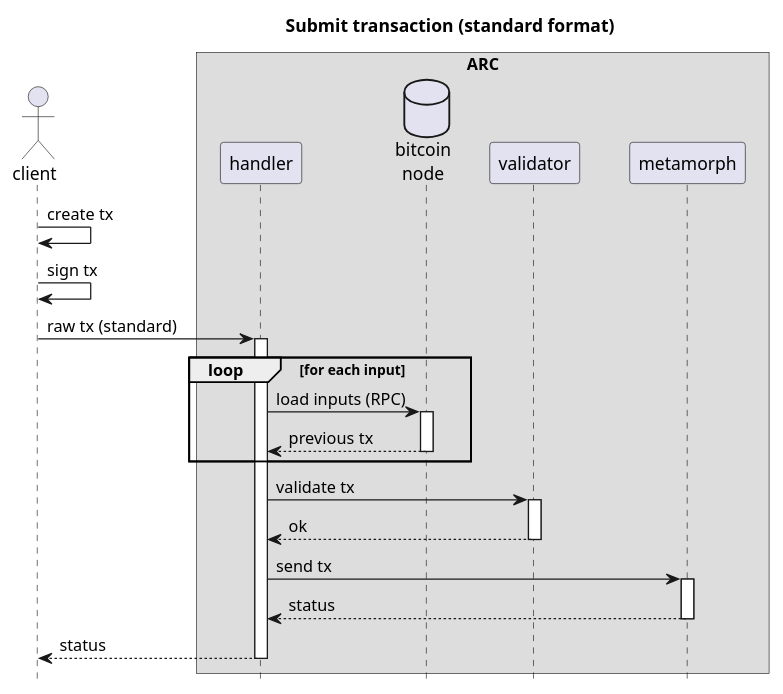
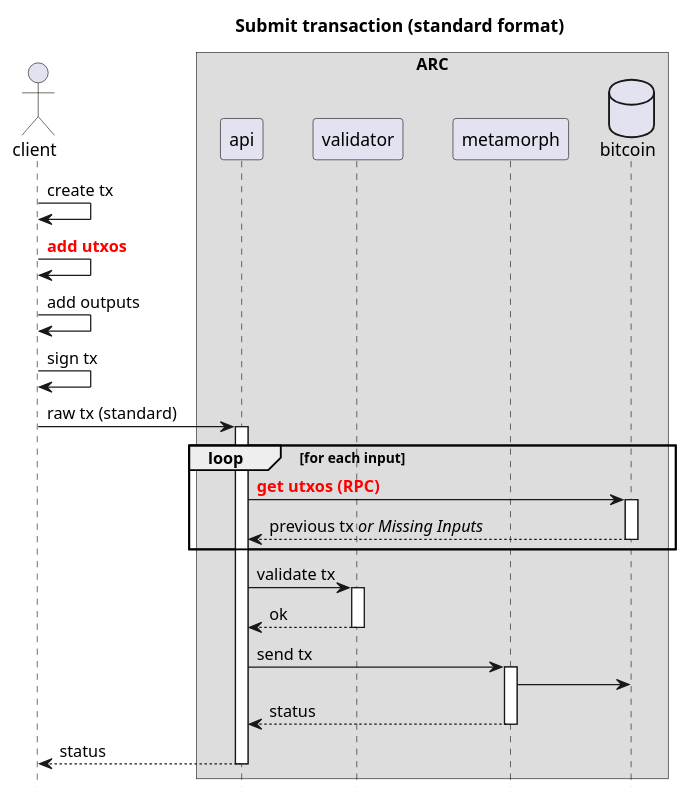
One commit to bitcoin-sv/arc changed the first of 4 diagrams in doc/README.md. Above: the diagram before and after it, drawn with PlantUML. The commit also changed other lines of this file, not shown here.

Commit message:
Latest diagrams

````diff
--- a/doc/README.md
+++ b/doc/README.md
@@ -18,38 +18,41 @@
 ```plantuml
 @startuml
 hide footbox
 skinparam ParticipantPadding 15
 skinparam BoxPadding 100
 
 actor "client" as tx
 
 
 box ARC
-participant handler
-database "bitcoin\nnode" as bsv
+participant api
 participant validator
 participant metamorph
+database "bitcoin" as bsv
 end box
 
 title Submit transaction (standard format)
 
 tx -> tx: create tx
+tx -> tx: <font color=red><b>add utxos</b></font>
+tx -> tx: add outputs
 tx -> tx: sign tx
 
-tx -> handler ++: raw tx (standard)
+tx -> api ++: raw tx (standard)
 
   loop for each input
-    handler -> bsv ++: load inputs (RPC)
-    return previous tx
+    api -> bsv ++: <font color=red><b>get utxos (RPC)</b></font>
+    return previous tx <i>or Missing Inputs</i>
   end
 
-  handler -> validator ++: validate tx
+  api -> validator ++: validate tx
   return ok
 
-  handler -> metamorph ++: send tx
+  api -> metamorph ++: send tx
+    metamorph -> bsv
   return status
 
 return status
 
 @enduml
 ```
````
